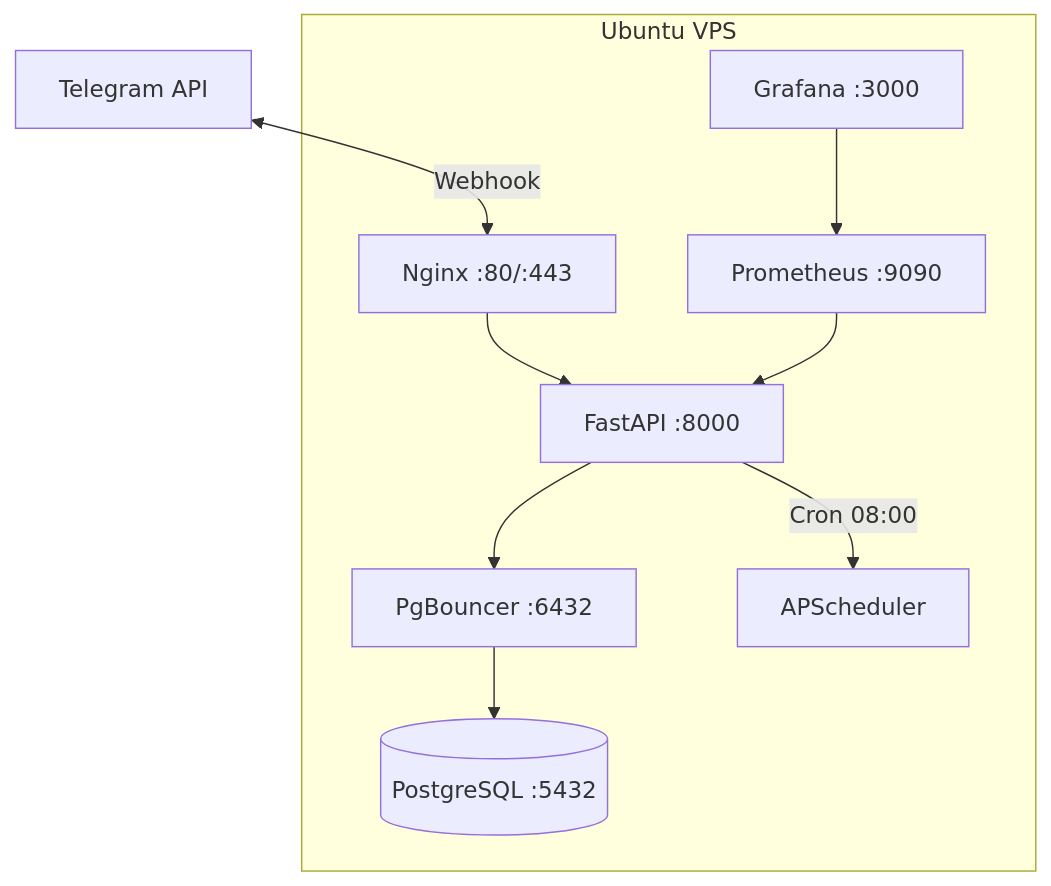
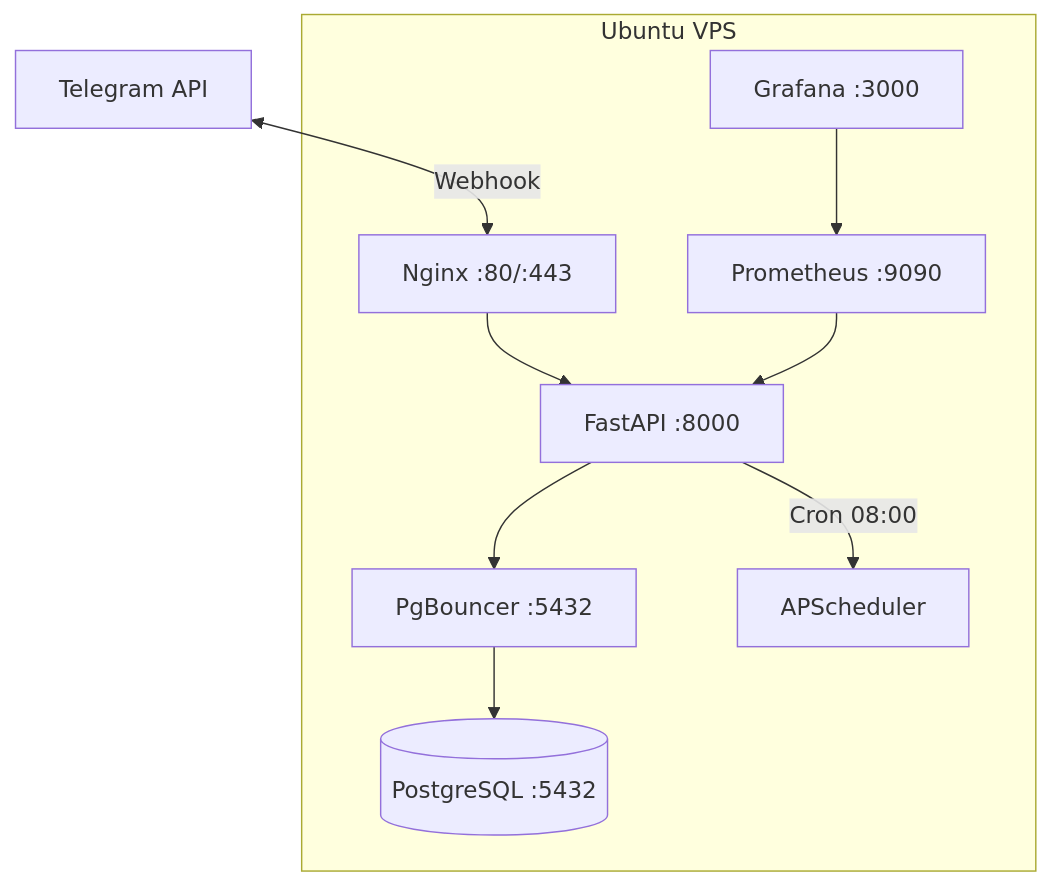
The diagram in DEPLOYMENT.md (SRV-YouSoRandom/sigmo), drawn with Mermaid before and after one commit. The commit also changed other lines of this file and 3 other files, not shown here.

````diff
--- a/DEPLOYMENT.md
+++ b/DEPLOYMENT.md
@@ -5,12 +5,12 @@
 ```mermaid
 graph TD
     subgraph Server["Ubuntu VPS"]
         NX[Nginx :80/:443] --> FA[FastAPI :8000]
-        FA --> PB[PgBouncer :6432]
+        FA --> PB[PgBouncer :5432]
         PB --> PG[(PostgreSQL :5432)]
         FA -->|Cron 08:00| SCH[APScheduler]
         PROM[Prometheus :9090] --> FA
         GR[Grafana :3000] --> PROM
     end
     TG[Telegram API] <-->|Webhook| NX
 ```
````
